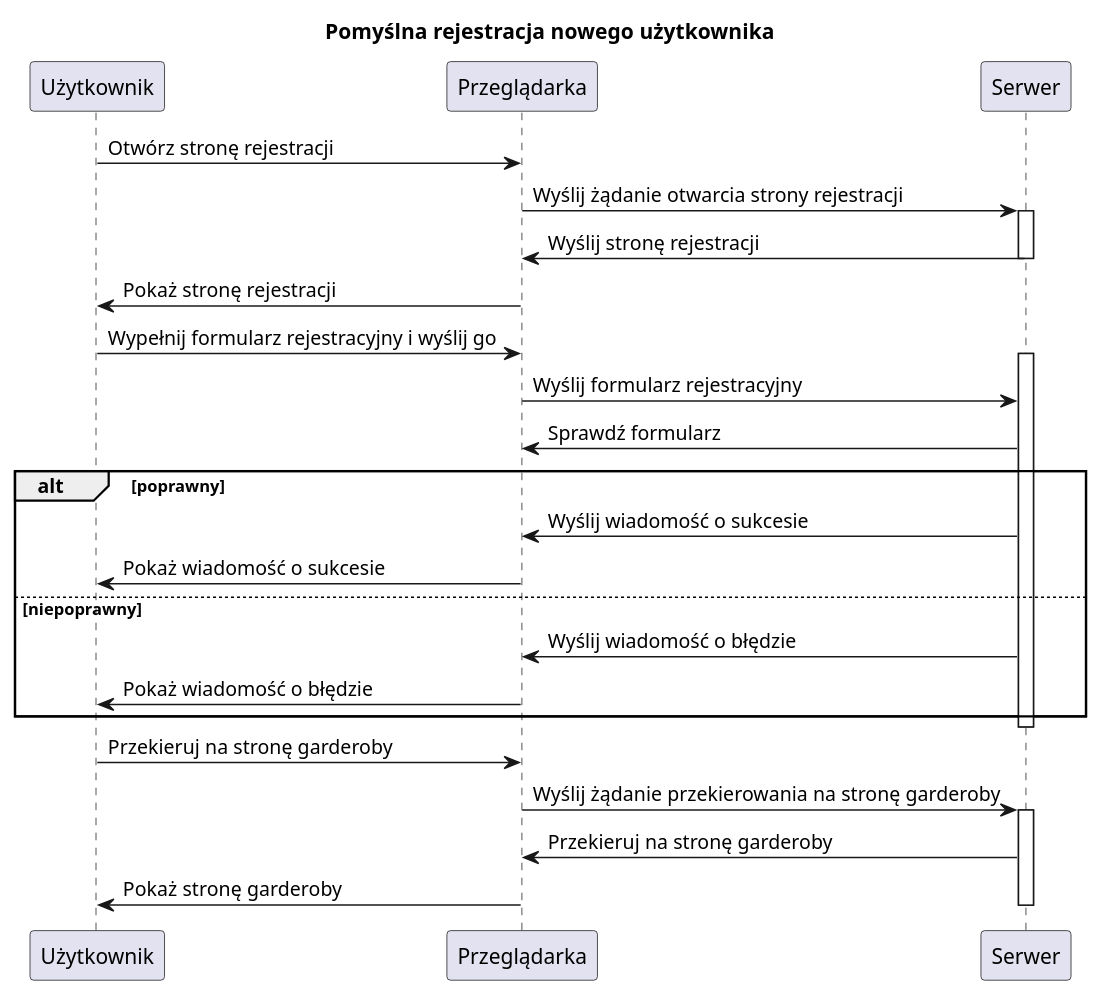
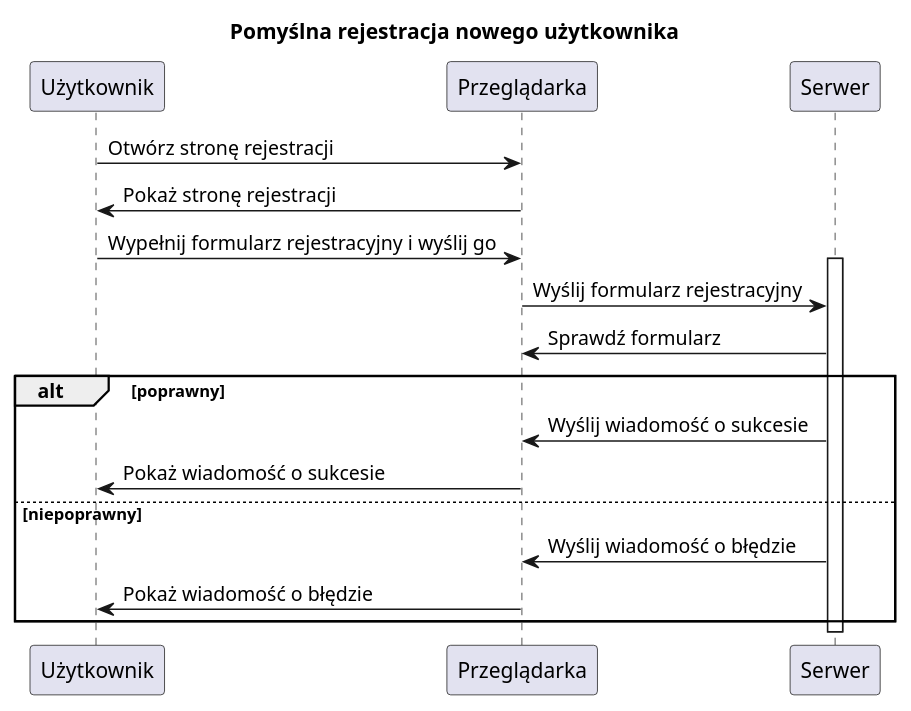
One commit to aniaxb/Froom changed the diagram in diagrams/RegisterSequenceDiagram.puml. Above: the diagram before and after it, drawn with PlantUML. The commit also changed 22 other files, not shown here.

```diff
--- a/diagrams/RegisterSequenceDiagram.puml
+++ b/diagrams/RegisterSequenceDiagram.puml
@@ -1,34 +1,25 @@
 @startuml
 
 title "Pomyślna rejestracja nowego użytkownika"
 
 participant "Użytkownik" as User
 participant "Przeglądarka" as Browser
 participant "Serwer" as Server
 
 User -> Browser: Otwórz stronę rejestracji
-Browser -> Server: Wyślij żądanie otwarcia strony rejestracji
-activate Server
-Server -> Browser: Wyślij stronę rejestracji
 deactivate Server
 Browser -> User: Pokaż stronę rejestracji
 User -> Browser: Wypełnij formularz rejestracyjny i wyślij go
 activate Server
 Browser -> Server: Wyślij formularz rejestracyjny
 Server -> Browser: Sprawdź formularz
 alt poprawny
     Server -> Browser: Wyślij wiadomość o sukcesie
     Browser -> User: Pokaż wiadomość o sukcesie
 else niepoprawny
     Server -> Browser: Wyślij wiadomość o błędzie
     Browser -> User: Pokaż wiadomość o błędzie
 end
 deactivate Server
-User -> Browser: Przekieruj na stronę garderoby
-Browser -> Server: Wyślij żądanie przekierowania na stronę garderoby
-activate Server
-Server -> Browser: Przekieruj na stronę garderoby
-Browser -> User: Pokaż stronę garderoby
-deactivate Server
 
 @enduml
```
